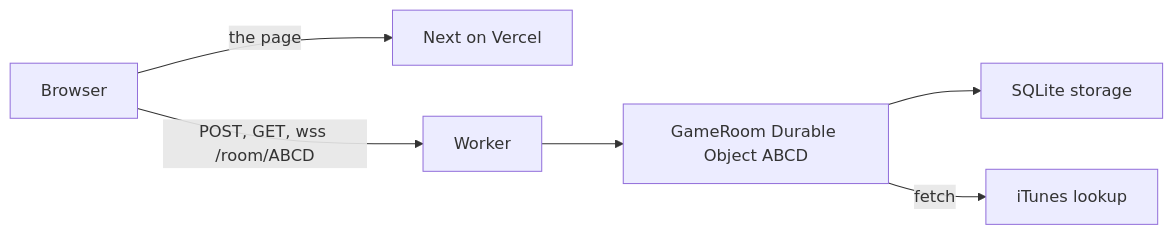
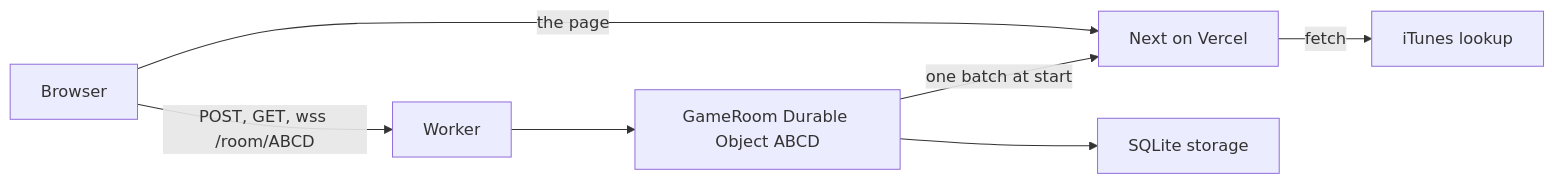
One commit to mittal-parth/experiments changed the diagram in doodle-bars/docs/architecture.md. Above: the diagram before and after it, drawn with Mermaid. The commit also changed other lines of this file and 9 other files, not shown here.

````diff
--- a/doodle-bars/docs/architecture.md
+++ b/doodle-bars/docs/architecture.md
@@ -11,8 +11,9 @@
 ```mermaid
 flowchart LR
   browser["Browser"] -->|"the page"| next["Next on Vercel"]
   browser -->|"POST, GET, wss /room/ABCD"| worker["Worker"]
   worker --> room["GameRoom Durable Object ABCD"]
   room --> sqlite["SQLite storage"]
-  room -->|"fetch"| itunes["iTunes lookup"]
+  room -->|"one batch at start"| next
+  next -->|"fetch"| itunes["iTunes lookup"]
 ```
````
